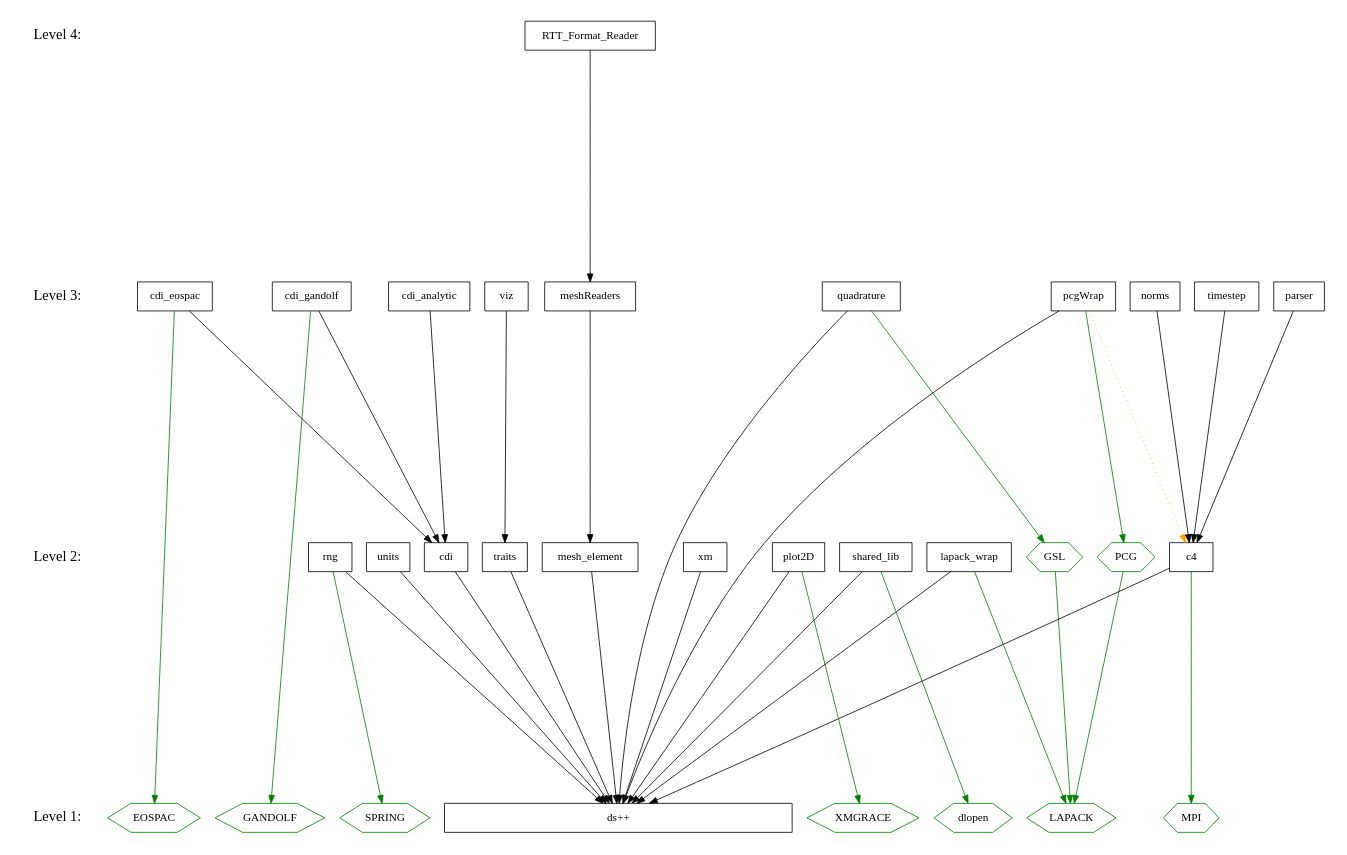
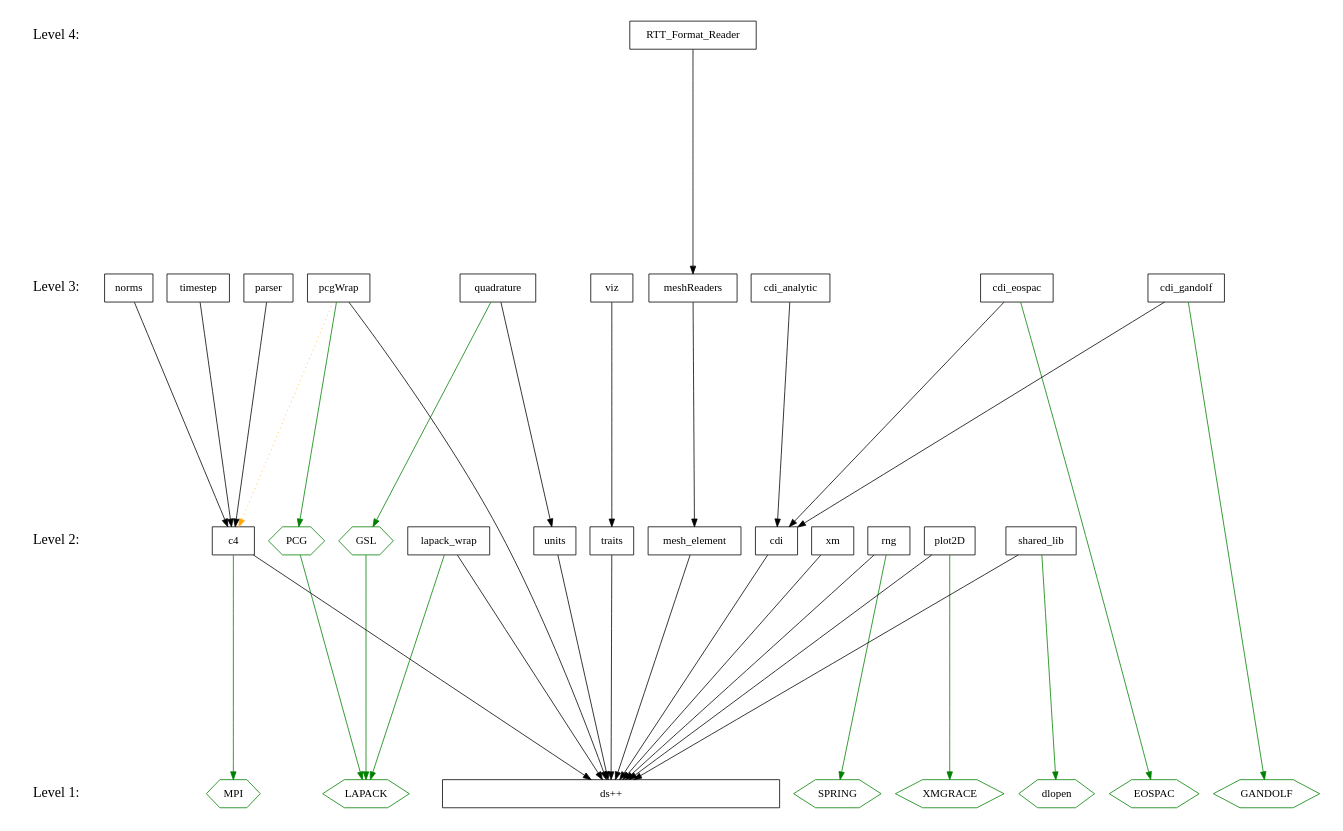
The diagram in doc/design/level.dot (losalamos/Draco), drawn with Graphviz before and after one commit. The commit also changed 1 other file, not shown here.

Commit message:
o Update dependency tree for quadrature as it now depends on units.

```diff
--- a/doc/design/level.dot
+++ b/doc/design/level.dot
@@ -1,119 +1,119 @@
 digraph draco_level {
     /* graph attributes */
     center=1;
     size="7.5,10";
     ranksep=4;
     
     /* levels */
     level1 [shape=plaintext, label="Level 1:", fontsize=18];
     level2 [shape=plaintext, label="Level 2:", fontsize=18];
     level3 [shape=plaintext, label="Level 3:", fontsize=18];
     level4 [shape=plaintext, label="Level 4:", fontsize=18];
 /*     level5 [shape=plaintext, label="Level 5:", fontsize=18]; */
 /*    level6 [shape=plaintext, label="Level 6:", fontsize=18]; */
     
     /* level6 -> level5 -> */
     level4 -> level3 -> level2 -> level1 [style=invis];
     
     /* packages */
 
     /* level 1 */
 /*    stdheaders [shape=box,     color=brown, label="stdheaders\n(Only when
       C++ compiler does not\nfully support C++ standard header files.)"]; */
     vmpi       [shape=hexagon, color=green, label="MPI"];
     vlapack    [shape=hexagon, color=green, label="LAPACK"];
     vgandolf   [shape=hexagon, color=green, label="GANDOLF"];
     veospac    [shape=hexagon, color=green, label="EOSPAC"];
     vgrace     [shape=hexagon, color=green, label="XMGRACE"];
     vspring    [shape=hexagon, color=green, label="SPRING"];
     vdlopen    [shape=hexagon, color=green, label="dlopen"];
         
     dsxx [shape=box, label="ds++", width=6];
     
     /* level 2 */
     vgsl       [shape=hexagon, color=green, label="GSL"];
     vpcg       [shape=hexagon, color=green, label="PCG"];
 
     traits [shape=box, label="traits"];
     xm     [shape=box, label="xm"];
     c4     [shape=box, label="c4"];
     rng    [shape=box, label="rng"];
     units  [shape=box, label="units"];
     cdi    [shape=box, label="cdi"];
     meshelement [shape=box, label="mesh_element"];
     plot   [shape=box, label="plot2D"];
     lapack [shape=box, label="lapack_wrap"];
     shlib  [shape=box, label="shared_lib"];
     
     /* level 3 */
     quad   [shape=box, label="quadrature"];
     viz      [shape=box, label="viz"];
     timestep [shape=box, label="timestep"];
     cdianal  [shape=box, label="cdi_analytic"];
     cdieos   [shape=box, label="cdi_eospac"];
     cdigan   [shape=box, label="cdi_gandolf"];
     pcg      [shape=box, label="pcgWrap"];
     meshread [shape=box, label="meshReaders"];
     parser   [shape=box, label="parser"];
     norms    [shape=box, label="norms"];
     
     /* level 4 */
     rttread     [shape=box, label="RTT_Format_Reader"];
     
     /* level 6 */
 /*    meshservice [shape=box, label="meshReaders_Services"]; */
     
     /* dependencies */
     {rank=same; level1 dsxx vlapack vmpi veospac  vgandolf vgrace vspring vdlopen };
     {rank=same; level2 shlib plot lapack traits xm c4 rng units cdi meshelement vgsl vpcg};
     {rank=same; level3 viz timestep cdianal cdieos cdigan pcg meshread quad parser};
     {rank=same; level4 rttread};
 /*    {rank=same; level6 meshservice}; */
     
     /* draco packages */
 
     /* NOTE:  hidden dependencies are in comments at the end of each line.
      * For example if a package depends on c4 it implicitly depends on dsxx
      * as well.  The dependency on dsxx is not shown explicitly on the
      * graph. 
     
     /* level 2 */
     xm          -> {dsxx};
     units       -> {dsxx};
     traits      -> {dsxx};
     c4          -> {dsxx};
     c4          -> {vmpi}         [color="green"];
     rng         -> {dsxx};
     rng         -> {vspring}      [color="green"];
     cdi         -> {dsxx};
     meshelement -> {dsxx};
     plot        -> {dsxx};
     plot        -> {vgrace}       [color="green"];
     lapack      -> {dsxx};
     lapack      -> {vlapack}      [color="green"];
     shlib       -> {dsxx};
     shlib       -> {vdlopen}      [color="green"];
     vgsl        -> {vlapack}      [color="green"];
     vpcg        -> {vlapack}      [color="green"];
     
     /* level 3 */
-    quad        -> {dsxx};
+    quad        -> {units};
     quad        -> {vgsl}         [color="green"];
     viz         -> {traits};      /* traits: dsxx */
     timestep    -> {c4};          /* c4      : dsxx */
     pcg         -> {dsxx};
     pcg         -> {vpcg} [color="green"];
     pcg         -> {c4}           [color="orange" style=dotted];
     cdianal     -> {cdi};         /* cdi     : dsxx */
     cdieos      -> {cdi};         /* cdi     : dsxx */
     cdieos      -> {veospac}      [color="green"]; 
     cdigan      -> {cdi};         /* cdi     : dsxx */
     cdigan      -> {vgandolf}     [color="green"];
     meshread    -> {meshelement};
     parser      -> {c4}; /* dsxx */
     norms       -> {c4}; /* dsxx */
 
     /* level 4 */
     rttread     -> {meshread};           /* meshread: dsxx */
 
 }
```
